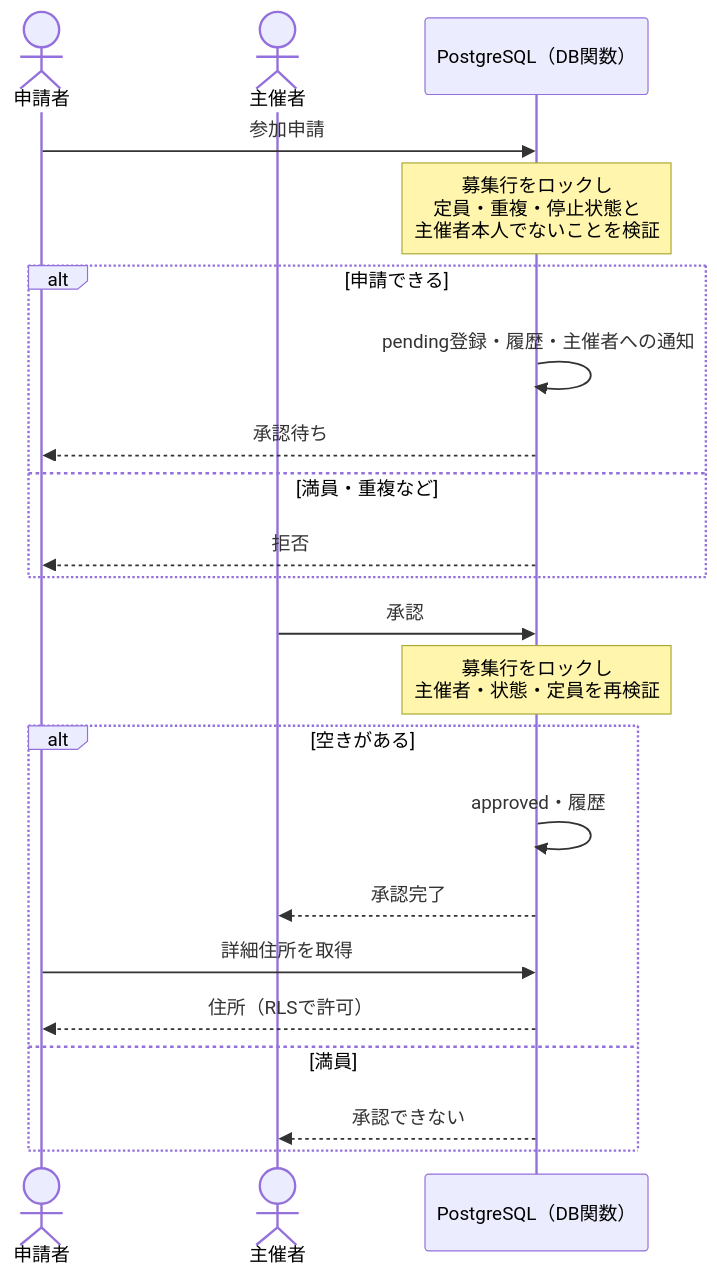
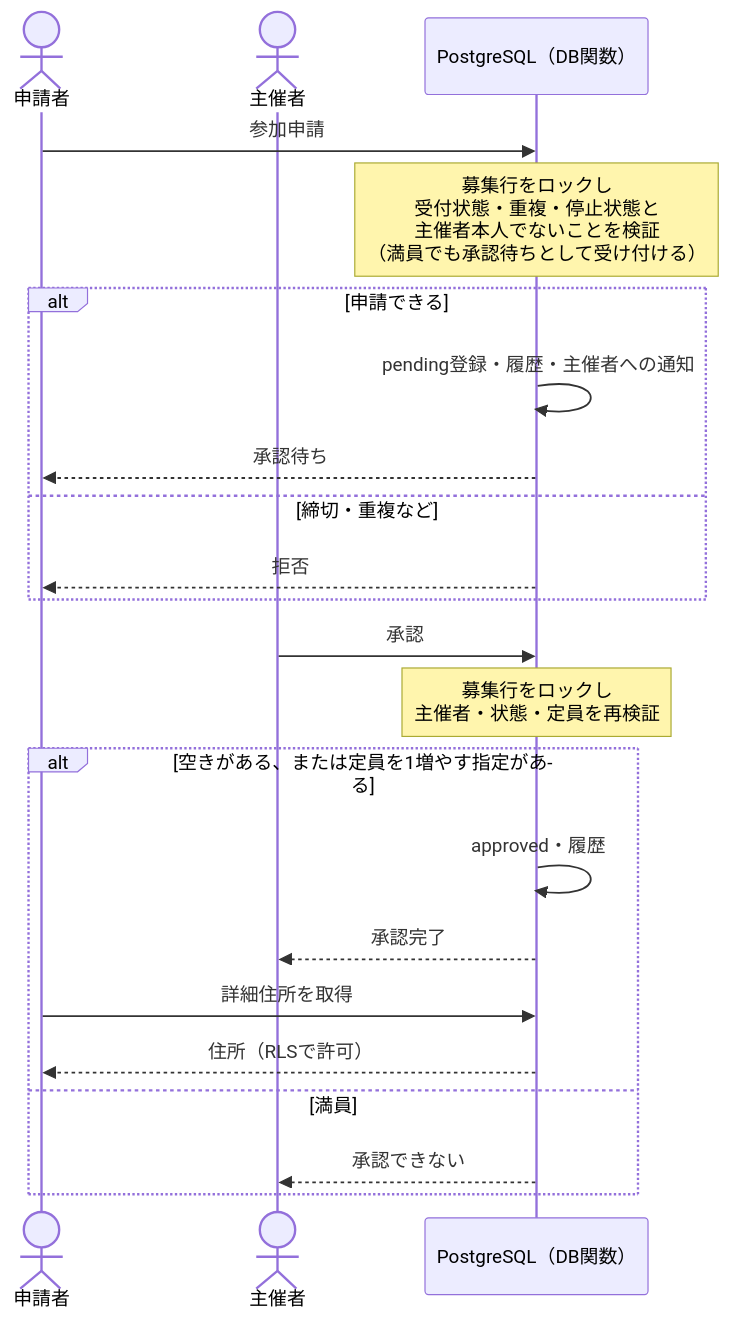
The fourth of 8 diagrams in docs/07_システムアーキテクチャ.md (sysnovastudio-byte/nagoya-volleyball-matching), drawn with Mermaid before and after one commit. The commit also changed 6 other files, not shown here.

````diff
--- a/docs/07_システムアーキテクチャ.md
+++ b/docs/07_システムアーキテクチャ.md
@@ -103,24 +103,24 @@
 ```mermaid
 sequenceDiagram
     actor P as 申請者
     actor H as 主催者
     participant D as PostgreSQL（DB関数）
     P->>D: 参加申請
-    Note over D: 募集行をロックし<br/>定員・重複・停止状態と<br/>主催者本人でないことを検証
+    Note over D: 募集行をロックし<br/>受付状態・重複・停止状態と<br/>主催者本人でないことを検証<br/>（満員でも承認待ちとして受け付ける）
     alt 申請できる
         D->>D: pending登録・履歴・主催者への通知
         D-->>P: 承認待ち
-    else 満員・重複など
+    else 締切・重複など
         D-->>P: 拒否
     end
     H->>D: 承認
     Note over D: 募集行をロックし<br/>主催者・状態・定員を再検証
-    alt 空きがある
+    alt 空きがある、または定員を1増やす指定がある
         D->>D: approved・履歴
         D-->>H: 承認完了
         P->>D: 詳細住所を取得
         D-->>P: 住所（RLSで許可）
     else 満員
         D-->>H: 承認できない
     end
 ```
````
